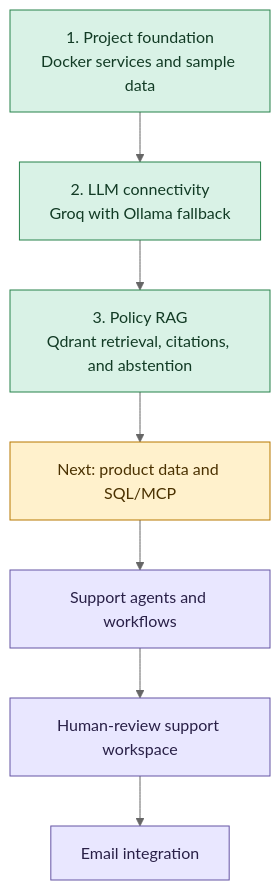
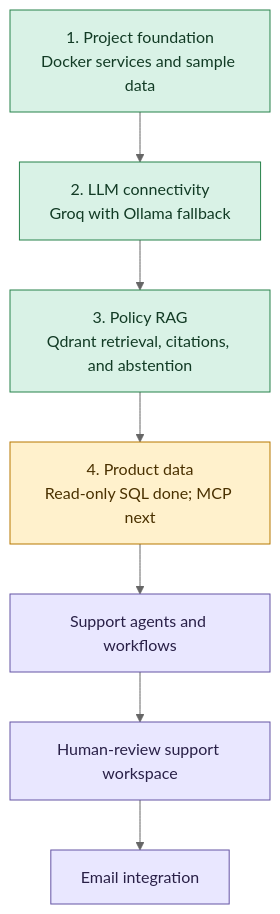
The first of 2 diagrams in README.md (hamdankhan1208/technest-assist), drawn with Mermaid (neutral theme) before and after one commit. The commit also changed other lines of this file and 2 other files, not shown here.

Commit message:
SQL queries and Test Suite

````diff
--- a/README.md
+++ b/README.md
@@ -33,19 +36,19 @@
 ```mermaid
 flowchart TD
     foundation["1. Project foundation<br/>Docker services and sample data"]
     llm["2. LLM connectivity<br/>Groq with Ollama fallback"]
     rag["3. Policy RAG<br/>Qdrant retrieval, citations, and abstention"]
-    product["Next: product data and SQL/MCP"]
+    product["4. Product data<br/>Read-only SQL done; MCP next"]
     agents["Support agents and workflows"]
     ui["Human-review support workspace"]
     email["Email integration"]
 
     foundation --> llm --> rag --> product --> agents --> ui --> email
 
     classDef done fill:#d9f2e6,stroke:#27824b,color:#123b25
     classDef next fill:#fff1cc,stroke:#b77900,color:#4a3100
     classDef planned fill:#e9e7ff,stroke:#6554a4,color:#292047
     class foundation,llm,rag done
     class product next
     class agents,ui,email planned
 ```
````
